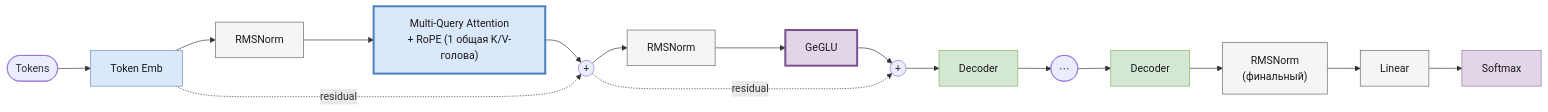
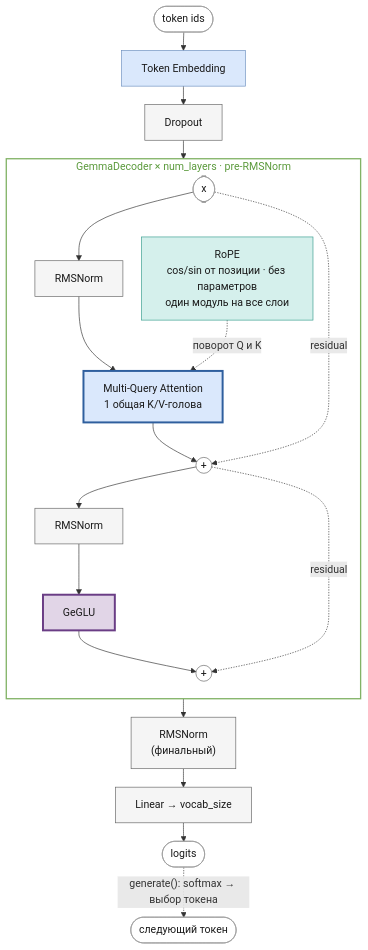
The diagram in docs/gemma.md (pese-git/llm-arch-research), drawn with Mermaid before and after one commit. The commit also changed other lines of this file and 8 other files, not shown here.

First line of the commit message:
docs: redraw architecture diagrams in Mermaid, show RoPE explicitly

````diff
--- a/docs/gemma.md
+++ b/docs/gemma.md
@@ -14,20 +14,37 @@
 ```mermaid
-flowchart LR
-    Tokens(["Tokens"]) --> TokEmb["Token Emb"]:::blue
-    TokEmb --> N1["RMSNorm"]:::gray
-    N1 --> Attn["Multi-Query Attention<br/>+ RoPE (1 общая K/V-голова)"]:::blueHl
-    Attn --> A1(("+"))
-    TokEmb -.->|residual| A1
-    A1 --> N2["RMSNorm"]:::gray
-    N2 --> FFN["GeGLU"]:::purpleHl
-    FFN --> A2(("+"))
-    A1 -.->|residual| A2
-    A2 --> Dc2["Decoder"]:::green --> Dots(["⋯"]) --> Dc5["Decoder"]:::green --> NF["RMSNorm<br/>(финальный)"]:::gray --> Lin["Linear"]:::gray --> Soft["Softmax"]:::purple
+%%{init: {"flowchart": {"rankSpacing": 28, "nodeSpacing": 28}}}%%
+flowchart TB
+    Ids(["token ids"]):::io --> TokEmb["Token Embedding"]:::blue
+    TokEmb --> Drop["Dropout"]:::gray
+    subgraph Dec["GemmaDecoder × num_layers · pre-RMSNorm"]
+        direction TB
+        X(["x"]):::io --> N1["RMSNorm"]:::gray
+        N1 --> Attn["Multi-Query Attention<br/>1 общая K/V-голова"]:::blueHl
+        R["RoPE<br/>cos/sin от позиции · без параметров<br/>один модуль на все слои"]:::rope
+        R -. "поворот Q и K" .-> Attn
+        Attn --> A1(("+")):::add
+        X -. residual .-> A1
+        A1 --> N2["RMSNorm"]:::gray
+        N2 --> FFN["GeGLU"]:::purpleHl
+        FFN --> A2(("+")):::add
+        A1 -. residual .-> A2
+    end
+    Drop --> Dec
+    Dec --> NF["RMSNorm<br/>(финальный)"]:::gray --> Lin
+    Lin["Linear → vocab_size"]:::gray --> Out(["logits"]):::io
+    Out -. "generate(): softmax → выбор токена" .-> Next(["следующий токен"]):::io
+    style Dec fill:transparent,stroke:#82b366,stroke-width:2px,color:#5b9a3c
 
+    classDef io fill:#ffffff,stroke:#999999,color:#1a1a1a;
+    classDef add fill:#ffffff,stroke:#666666,color:#1a1a1a;
     classDef blue fill:#dae8fc,stroke:#6c8ebf,color:#1a1a1a;
-    classDef blueHl fill:#dae8fc,stroke:#4a7ebf,stroke-width:3px,color:#1a1a1a;
+    classDef blueHl fill:#dae8fc,stroke:#2f5f9e,stroke-width:3px,color:#1a1a1a;
     classDef purple fill:#e1d5e7,stroke:#9673a6,color:#1a1a1a;
-    classDef purpleHl fill:#e1d5e7,stroke:#7a4f91,stroke-width:3px,color:#1a1a1a;
-    classDef green fill:#d5e8d4,stroke:#82b366,color:#1a1a1a;
+    classDef purpleHl fill:#e1d5e7,stroke:#6a3d85,stroke-width:3px,color:#1a1a1a;
     classDef gray fill:#f5f5f5,stroke:#666666,color:#1a1a1a;
+    classDef grayHl fill:#f5f5f5,stroke:#333333,stroke-width:3px,color:#1a1a1a;
+    classDef gold fill:#fff2cc,stroke:#d6b656,color:#1a1a1a;
+    classDef rope fill:#d5f0ec,stroke:#3a9e8f,color:#1a1a1a;
+    classDef ropeHl fill:#d5f0ec,stroke:#1f6f63,stroke-width:3px,color:#1a1a1a;
+    classDef dim fill:#f5f5f5,stroke:#bbbbbb,color:#999999,stroke-dasharray:4 3;
 ```
````
